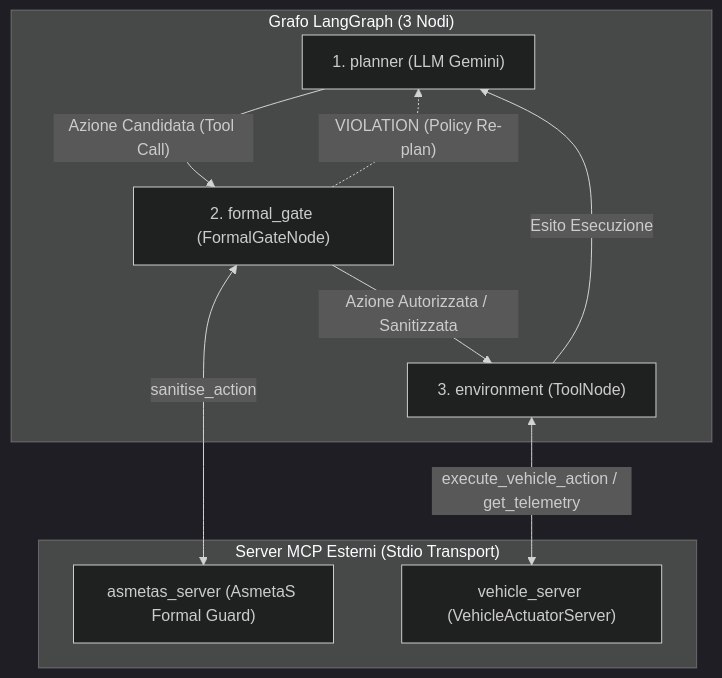
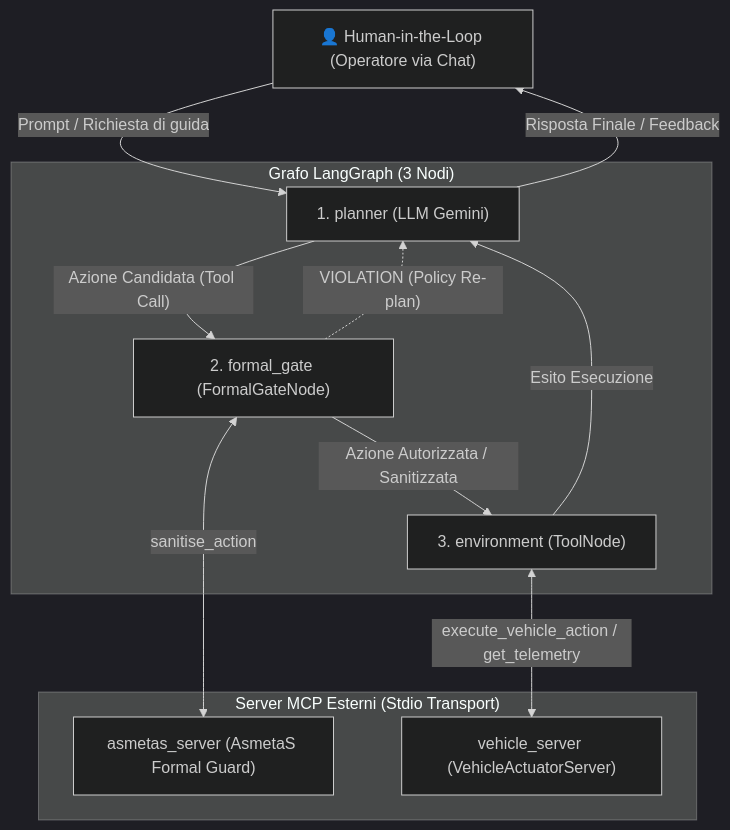
One commit to gallizzz/agentic-mcp-framework changed the diagram in README.md. Above: the diagram before and after it, drawn with Mermaid (dark theme). The commit also changed other lines of this file, not shown here.

Commit message:
docs: refine README.md to clarify system architecture and user interaction flow

````diff
--- a/README.md
+++ b/README.md
@@ -13,21 +13,26 @@
 ```mermaid
 flowchart TD
+    Human["👤 Human-in-the-Loop (Operatore via Chat)"]
+
     subgraph LangGraph["Grafo LangGraph (3 Nodi)"]
         Planner["1. planner (LLM Gemini)"]
         FormalGate["2. formal_gate (FormalGateNode)"]
         EnvironmentNode["3. environment (ToolNode)"]
         
         Planner -->|"Azione Candidata (Tool Call)"| FormalGate
         FormalGate -->|"Azione Autorizzata / Sanitizzata"| EnvironmentNode
         FormalGate -.->|"VIOLATION (Policy Re-plan)"| Planner
         EnvironmentNode -->|"Esito Esecuzione"| Planner
     end
 
     subgraph MCPServers["Server MCP Esterni (Stdio Transport)"]
         AsmetaS["asmetas_server (AsmetaS Formal Guard)"]
         Vehicle["vehicle_server (VehicleActuatorServer)"]
     end
 
+    Human -->|"Prompt / Richiesta di guida"| Planner
+    Planner -->|"Risposta Finale / Feedback"| Human
+
     FormalGate <-->|"sanitise_action"| AsmetaS
     EnvironmentNode <-->|"execute_vehicle_action / get_telemetry"| Vehicle
 ```
````
